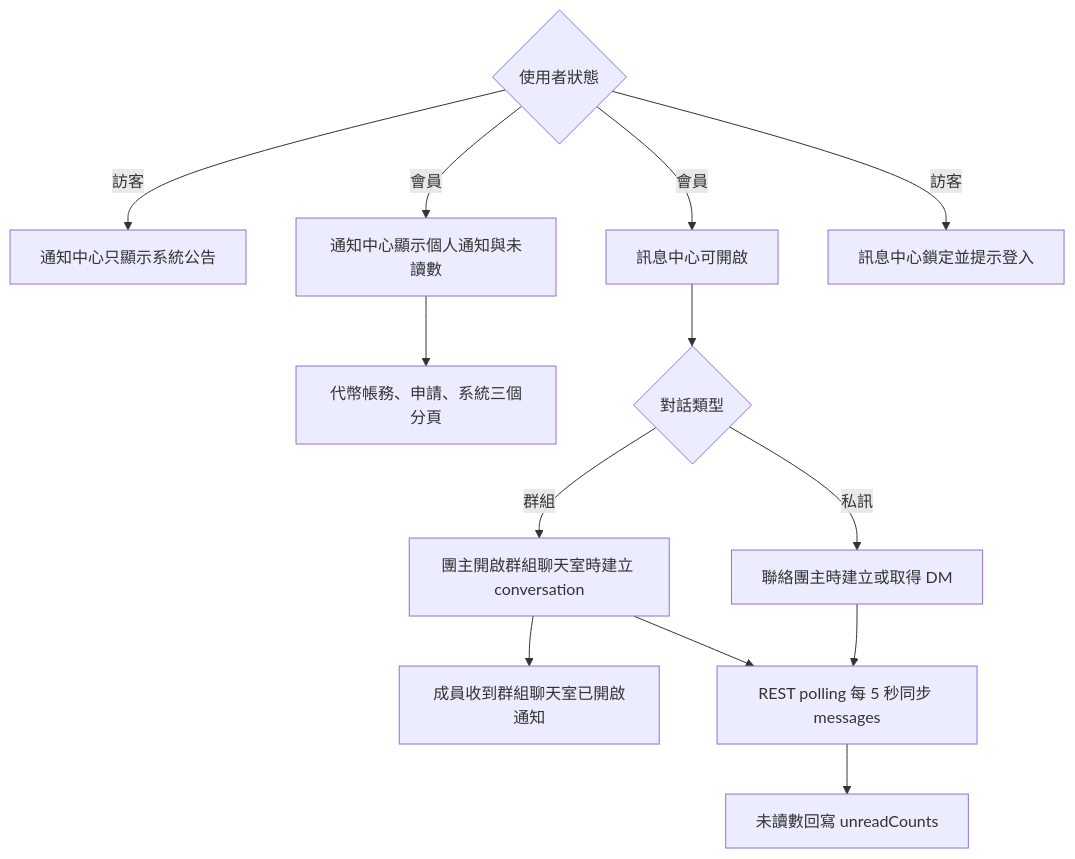
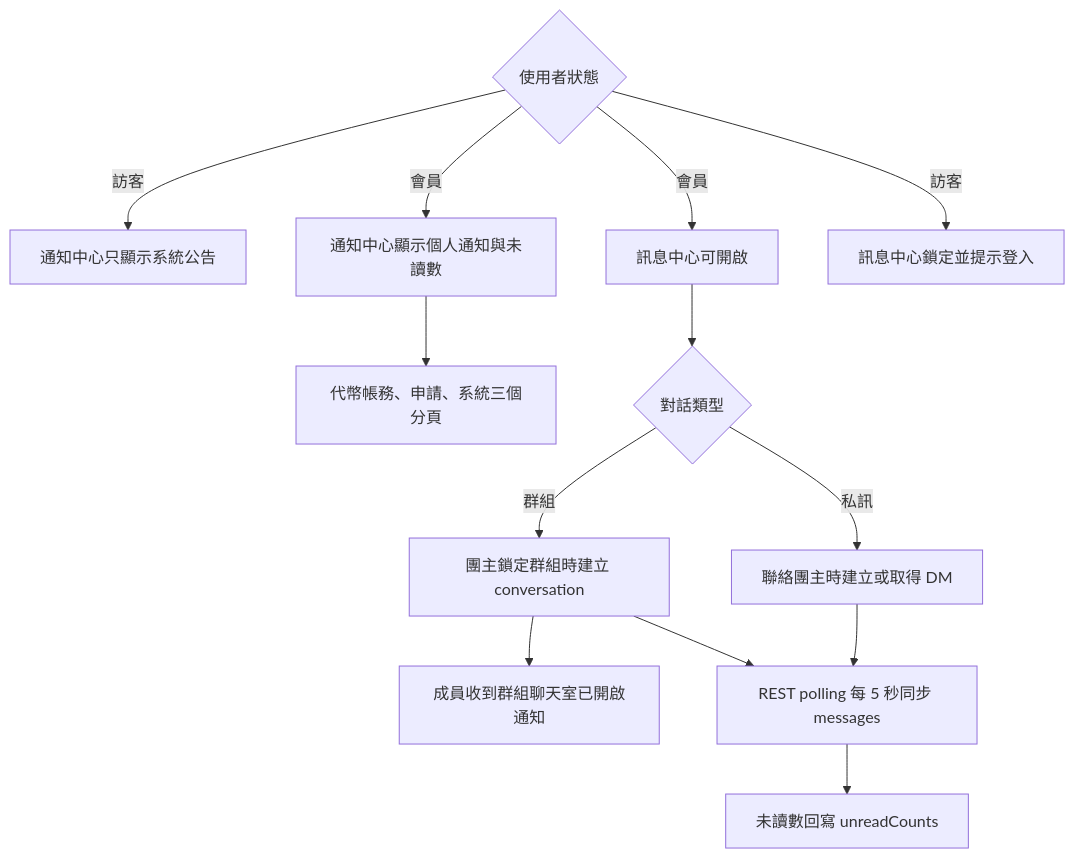
Before and after one commit to s1092055/PartyMatch: diagram 14 of 14 in docs/user-flows.md, drawn with Mermaid. The commit also changed other lines of this file and 1 other file, not shown here.

First line of the commit message:
docs: 按角色重構 user-flows，補齊流程細節

````diff
--- a/docs/user-flows.md
+++ b/docs/user-flows.md
@@ -228,15 +211,15 @@
 ```mermaid
 flowchart TD
   A{使用者狀態} -->|訪客| B[通知中心只顯示系統公告]
   A -->|會員| C[通知中心顯示個人通知與未讀數]
   C --> D[代幣帳務、申請、系統三個分頁]
   A -->|會員| E[訊息中心可開啟]
   A -->|訪客| F[訊息中心鎖定並提示登入]
   E --> G{對話類型}
-  G -->|群組| H[團主開啟群組聊天室時建立 conversation]
+  G -->|群組| H[團主鎖定群組時建立 conversation]
   G -->|私訊| I[聯絡團主時建立或取得 DM]
   H --> J[成員收到群組聊天室已開啟通知]
   I --> K[REST polling 每 5 秒同步 messages]
   H --> K
   K --> L[未讀數回寫 unreadCounts]
 ```
````
